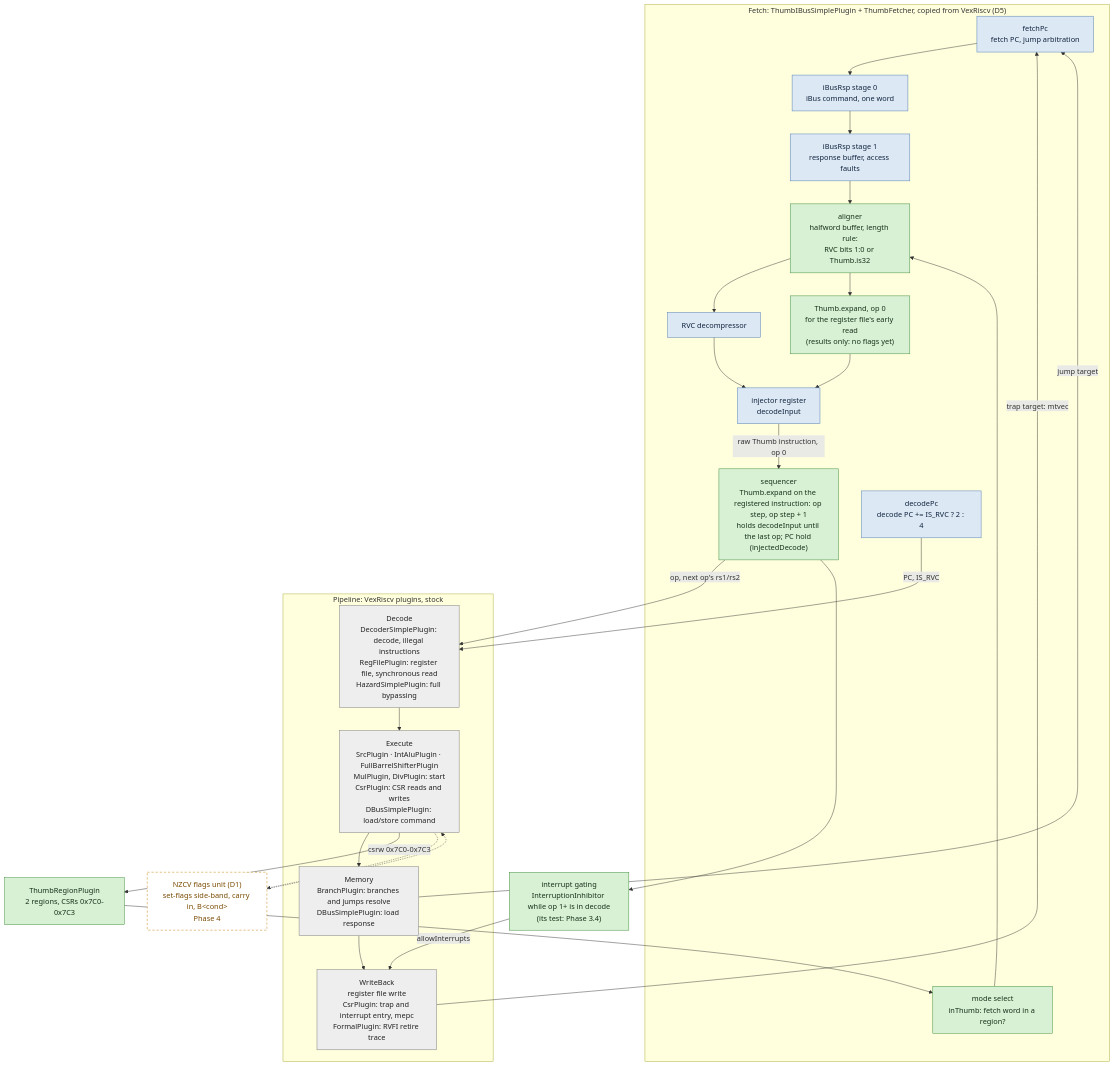
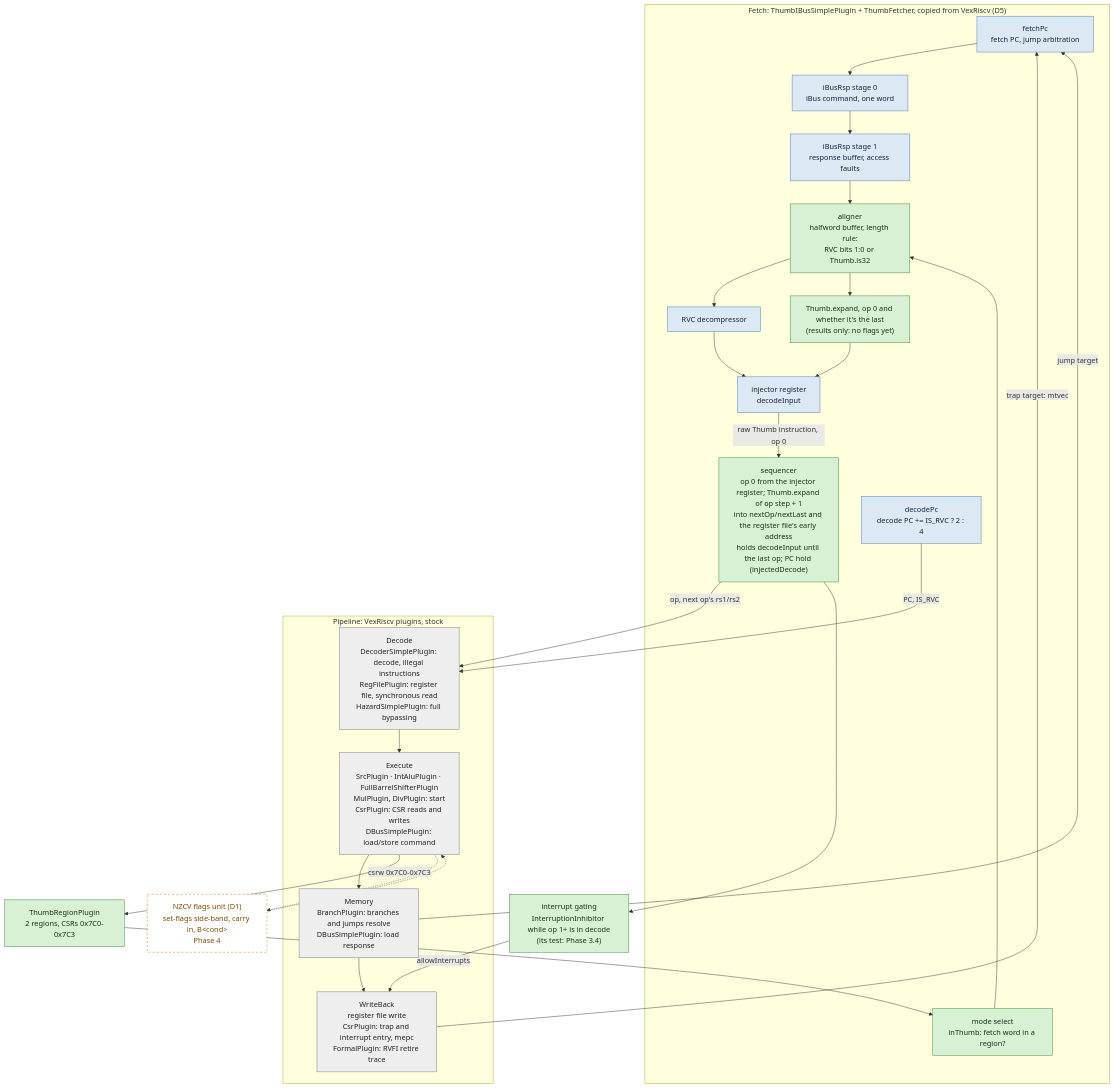
Before and after one commit to oskarvh/thumb-v: the second of 2 diagrams in docs/architecture.md, drawn with Mermaid. The commit also changed other lines of this file and 12 other files, not shown here.

First line of the commit message:
Expand PUSH, POP, LDM and STM; take decode's op from registers (3.2)

````diff
--- a/docs/architecture.md
+++ b/docs/architecture.md
@@ -53,51 +53,51 @@
 ```mermaid
 flowchart TB
     classDef stock fill:#eeeeee,stroke:#777777,color:#222222
     classDef copied fill:#dde8f5,stroke:#4a78b0,color:#10243d
     classDef thumbv fill:#d8f0d4,stroke:#3a8a35,color:#14321a
     classDef planned fill:#ffffff,stroke:#c77d00,stroke-dasharray:5 4,color:#7a4a00
 
     subgraph FETCH["Fetch: ThumbIBusSimplePlugin + ThumbFetcher, copied from VexRiscv (D5)"]
         PC["fetchPc<br/>fetch PC, jump arbitration"]:::copied
         CMD["iBusRsp stage 0<br/>iBus command, one word"]:::copied
         RSP["iBusRsp stage 1<br/>response buffer, access faults"]:::copied
         MODE["mode select<br/>inThumb: fetch word in a region?"]:::thumbv
         ALIGN["aligner<br/>halfword buffer, length rule:<br/>RVC bits 1:0 or Thumb.is32"]:::thumbv
         RVCD["RVC decompressor"]:::copied
-        EXP["Thumb.expand, op 0<br/>for the register file's early read<br/>(results only: no flags yet)"]:::thumbv
+        EXP["Thumb.expand, op 0 and whether it's the last<br/>(results only: no flags yet)"]:::thumbv
         INJ["injector register<br/>decodeInput"]:::copied
-        SEQ["sequencer<br/>Thumb.expand on the registered instruction: op step, op step + 1<br/>holds decodeInput until the last op; PC hold (injectedDecode)"]:::thumbv
+        SEQ["sequencer<br/>op 0 from the injector register; Thumb.expand of op step + 1<br/>into nextOp/nextLast and the register file's early address<br/>holds decodeInput until the last op; PC hold (injectedDecode)"]:::thumbv
         DPC["decodePc<br/>decode PC += IS_RVC ? 2 : 4"]:::copied
     end
 
     REGIONS["ThumbRegionPlugin<br/>2 regions, CSRs 0x7C0-0x7C3"]:::thumbv
 
     subgraph PIPE["Pipeline: VexRiscv plugins, stock"]
         DECODE["Decode<br/>DecoderSimplePlugin: decode, illegal instructions<br/>RegFilePlugin: register file, synchronous read<br/>HazardSimplePlugin: full bypassing"]:::stock
         EXEC["Execute<br/>SrcPlugin · IntAluPlugin · FullBarrelShifterPlugin<br/>MulPlugin, DivPlugin: start<br/>CsrPlugin: CSR reads and writes<br/>DBusSimplePlugin: load/store command"]:::stock
         MEMORY["Memory<br/>BranchPlugin: branches and jumps resolve<br/>DBusSimplePlugin: load response"]:::stock
         WB["WriteBack<br/>register file write<br/>CsrPlugin: trap and interrupt entry, mepc<br/>FormalPlugin: RVFI retire trace"]:::stock
     end
 
     NZCV["NZCV flags unit (D1)<br/>set-flags side-band, carry in, B#lt;cond#gt;<br/>Phase 4"]:::planned
     GATE["interrupt gating<br/>InterruptionInhibitor while op 1+ is in decode<br/>(its test: Phase 3.4)"]:::thumbv
 
     PC --> CMD --> RSP --> ALIGN
     MODE --> ALIGN
     ALIGN --> RVCD
     ALIGN --> EXP
     RVCD --> INJ
     EXP --> INJ
     INJ -- "raw Thumb instruction, op 0" --> SEQ
     SEQ -- "op, next op's rs1/rs2" --> DECODE
     DPC -- "PC, IS_RVC" --> DECODE
     REGIONS --> MODE
     DECODE --> EXEC --> MEMORY --> WB
     EXEC -- "csrw 0x7C0-0x7C3" --> REGIONS
     MEMORY -- "jump target" --> PC
     WB -- "trap target: mtvec" --> PC
     SEQ --> GATE
     GATE -- "allowInterrupts" --> WB
     EXEC -.-> NZCV
     NZCV -.-> EXEC
 ```
````
